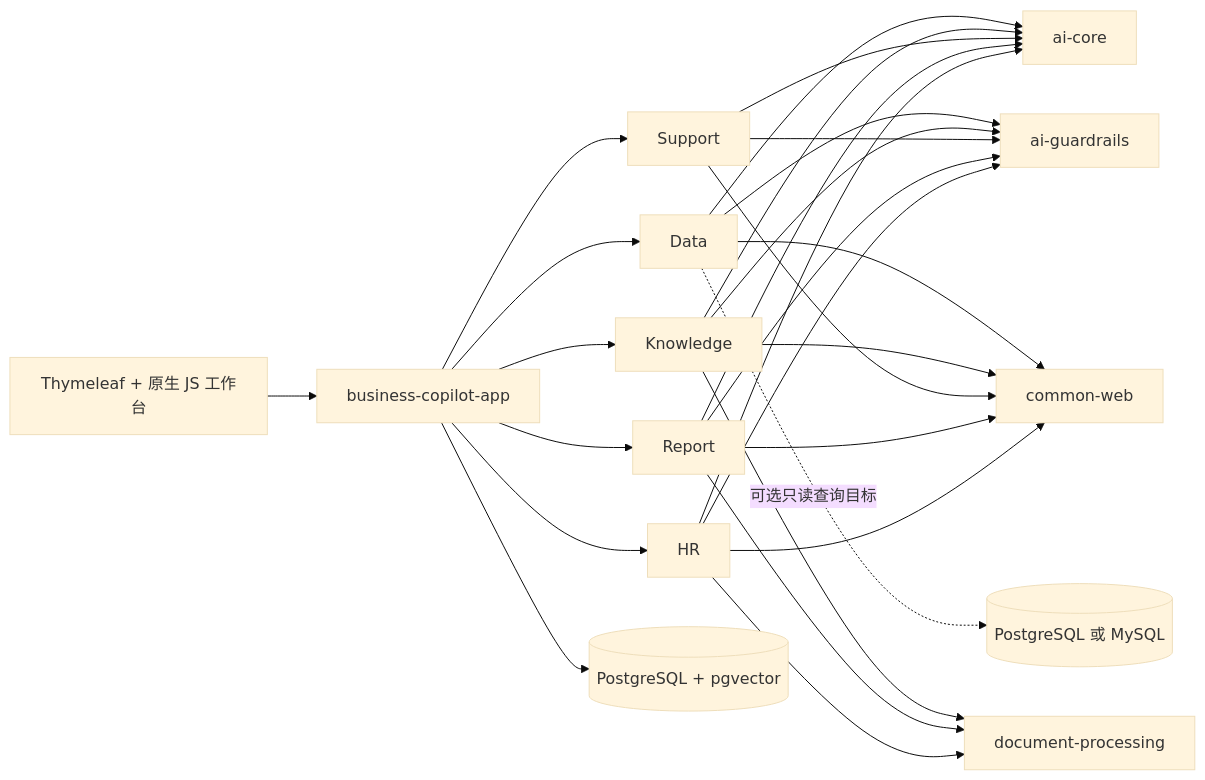
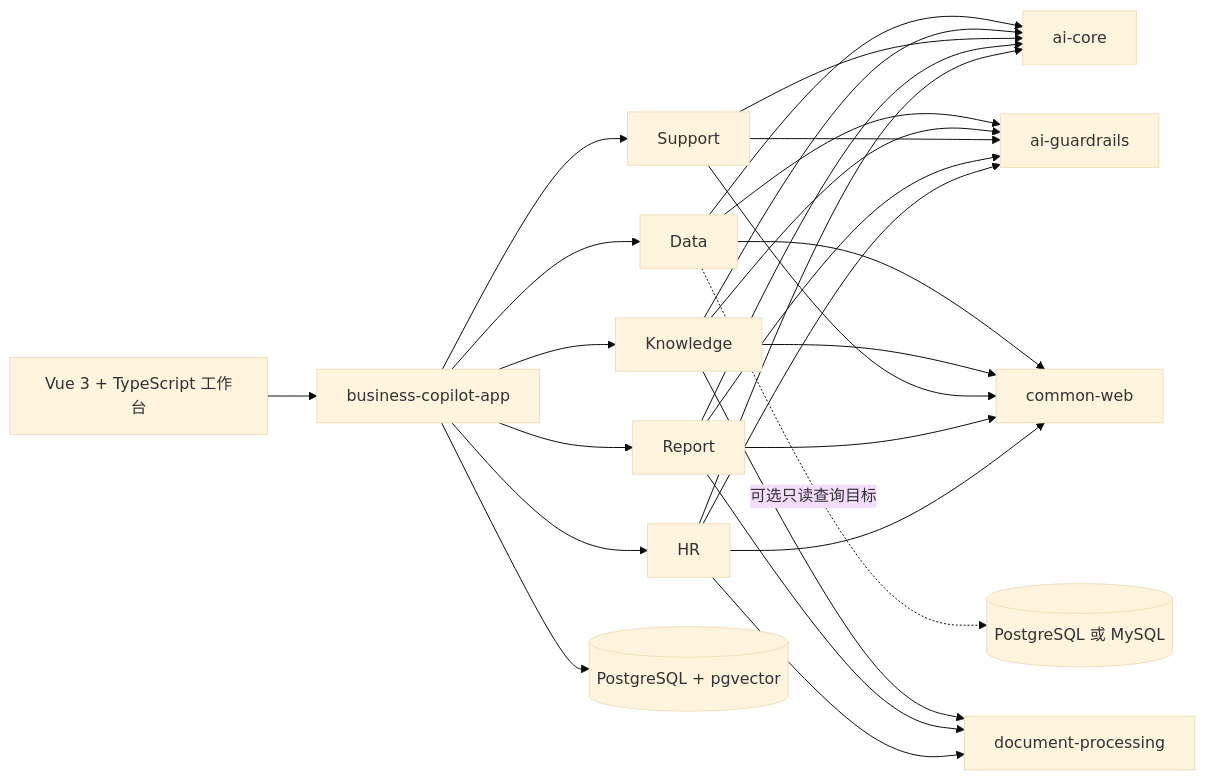
One commit to qcodingdev/spring-ai-business-copilot changed the diagram in README.zh-CN.md. Above: the diagram before and after it, drawn with Mermaid (base theme). The commit also changed other lines of this file and 170 other files, not shown here.

````diff
--- a/README.zh-CN.md
+++ b/README.zh-CN.md
@@ -128,11 +129,11 @@
 ```mermaid
 flowchart LR
-    UI["Thymeleaf + 原生 JS 工作台"] --> APP["business-copilot-app"]
+    UI["Vue 3 + TypeScript 工作台"] --> APP["business-copilot-app"]
     APP --> DATA["Data"] & KNOW["Knowledge"] & SUPPORT["Support"] & REPORT["Report"] & HR["HR"]
     KNOW & REPORT & HR --> DOC["document-processing"]
     DATA & KNOW & SUPPORT & REPORT & HR --> AI["ai-core"]
     DATA & KNOW & SUPPORT & REPORT & HR --> GUARD["ai-guardrails"]
     DATA & KNOW & SUPPORT & REPORT & HR --> WEB["common-web"]
     APP --> DB[("PostgreSQL + pgvector")]
     DATA -. 可选只读查询目标 .-> BIZ[("PostgreSQL 或 MySQL")]
 ```
````
